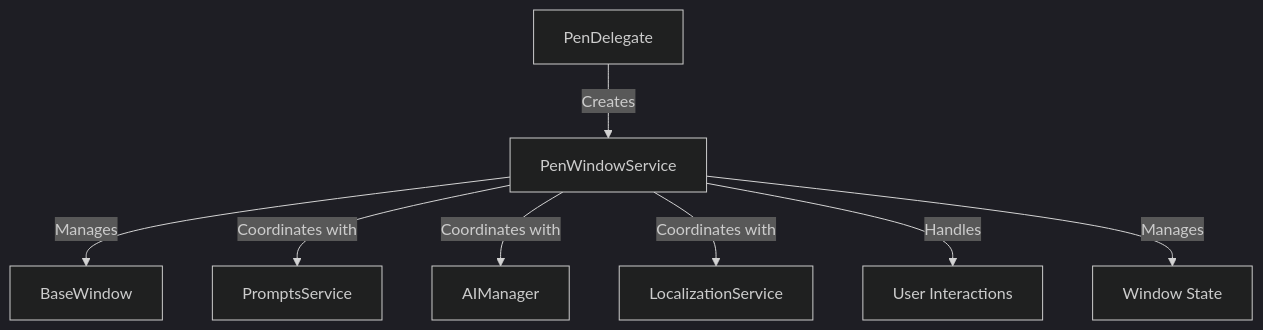
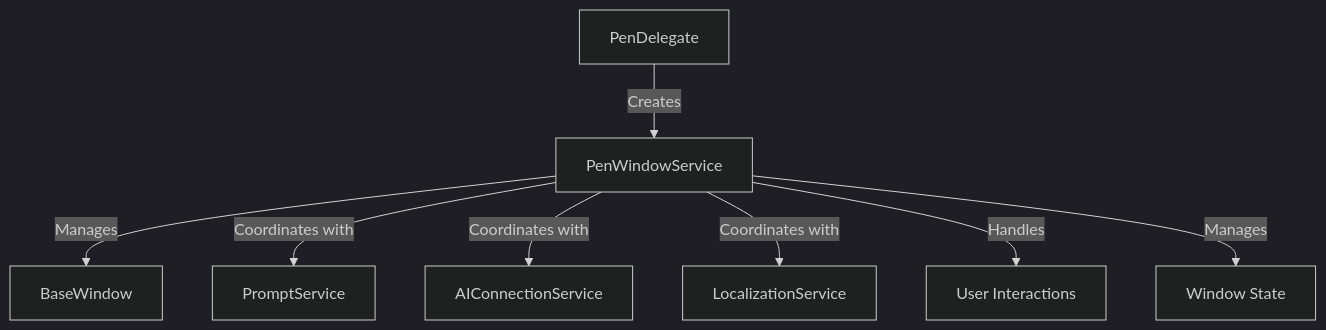
Before and after one commit to ethanhuangcst/pen.lite: the first of 4 diagrams in Docs/Pen-Window/design-pen-window-service.md, drawn with Mermaid (dark theme). The commit also changed other lines of this file and 19 other files, not shown here.

First line of the commit message:
docs: update remaining documentation for offline-first architecture

````diff
--- a/Docs/Pen-Window/design-pen-window-service.md
+++ b/Docs/Pen-Window/design-pen-window-service.md
@@ -11,10 +11,10 @@
 ```mermaid
 flowchart TD
     A[PenDelegate] -->|Creates| B[PenWindowService]
     B -->|Manages| C[BaseWindow]
-    B -->|Coordinates with| D[PromptsService]
-    B -->|Coordinates with| E[AIManager]
+    B -->|Coordinates with| D[PromptService]
+    B -->|Coordinates with| E[AIConnectionService]
     B -->|Coordinates with| F[LocalizationService]
     B -->|Handles| G[User Interactions]
     B -->|Manages| H[Window State]
 ```
````
